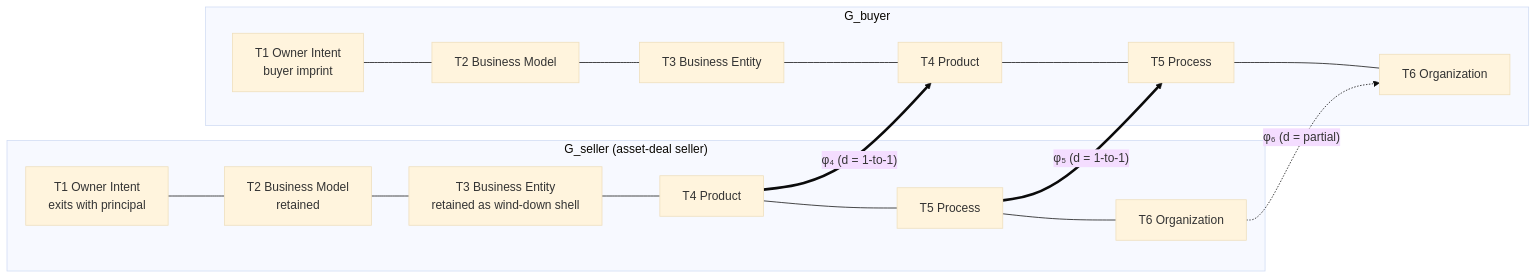
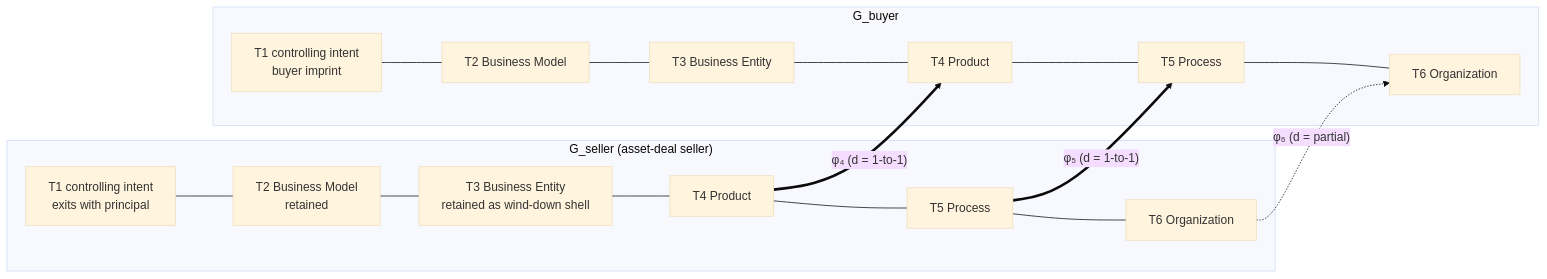
One commit to spectralbranding/orgschema-papers changed the first of 3 diagrams in tier-bundle-algebra/paper.md. Above: the diagram before and after it, drawn with Mermaid (base theme). The commit also changed other lines of this file and 87 other files, not shown here.

````diff
--- a/tier-bundle-algebra/paper.md
+++ b/tier-bundle-algebra/paper.md
@@ -75,24 +75,24 @@
 ```mermaid
 flowchart LR
     subgraph Gs["G_seller (asset-deal seller)"]
-        S1["T1 Owner Intent<br/>exits with principal"]
+        S1["T1 controlling intent<br/>exits with principal"]
         S2["T2 Business Model<br/>retained"]
         S3["T3 Business Entity<br/>retained as wind-down shell"]
         S4["T4 Product"]
         S5["T5 Process"]
         S6["T6 Organization"]
         S1 --- S2 --- S3 --- S4 --- S5 --- S6
     end
     subgraph Gb["G_buyer"]
-        B1["T1 Owner Intent<br/>buyer imprint"]
+        B1["T1 controlling intent<br/>buyer imprint"]
         B2["T2 Business Model"]
         B3["T3 Business Entity"]
         B4["T4 Product"]
         B5["T5 Process"]
         B6["T6 Organization"]
         B1 --- B2 --- B3 --- B4 --- B5 --- B6
     end
     S4 == "φ₄ (d = 1-to-1)" ==> B4
     S5 == "φ₅ (d = 1-to-1)" ==> B5
     S6 -. "φ₆ (d = partial)" .-> B6
 ```
````
